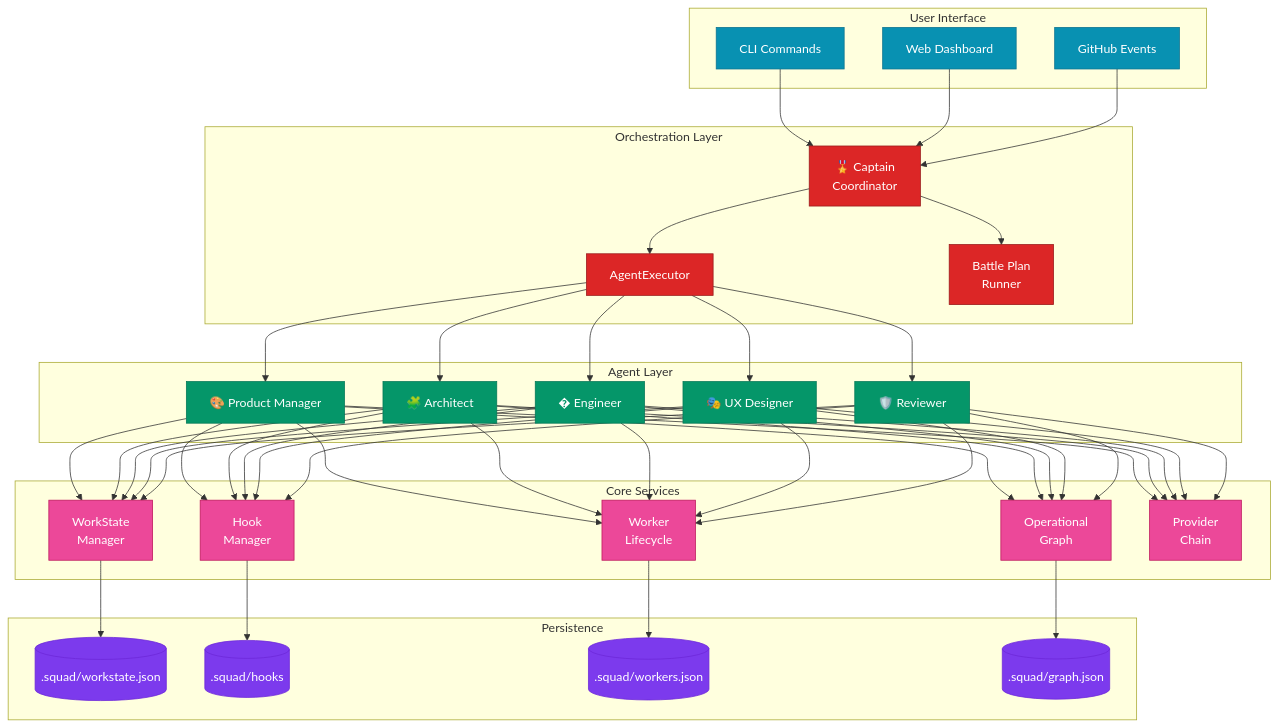
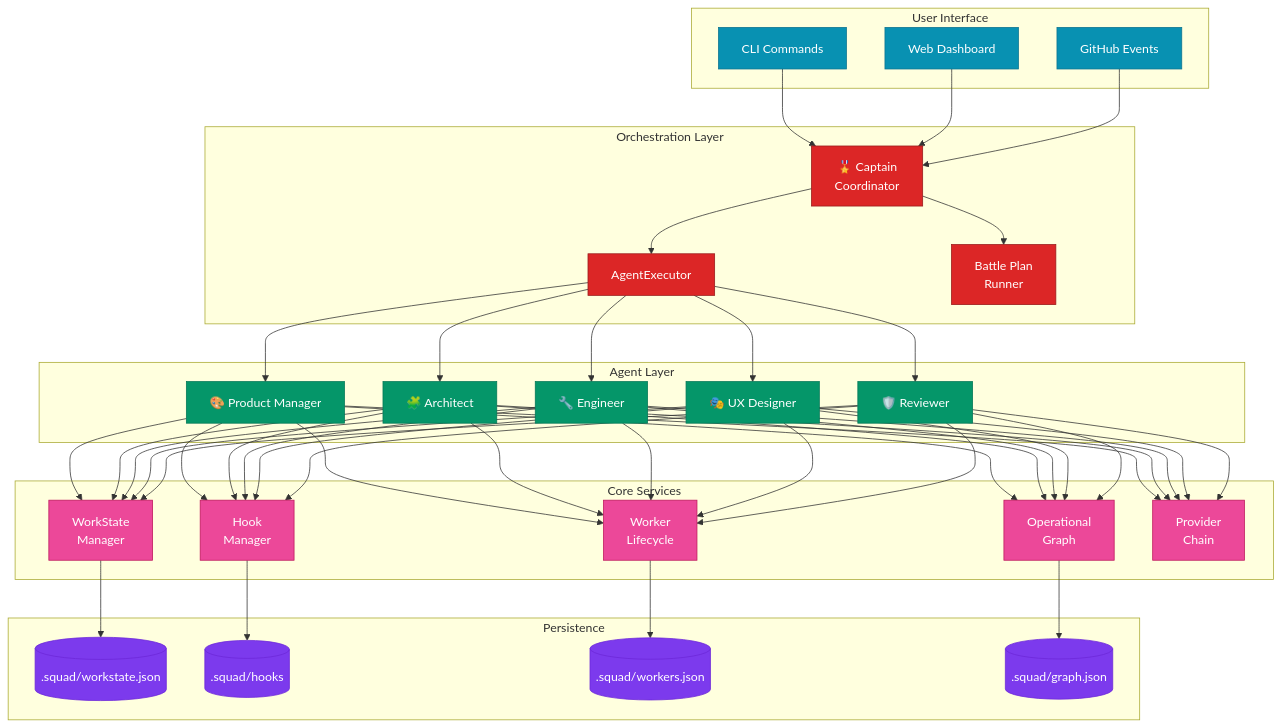
One commit to jnPiyush/AI-Squad changed the first of 4 diagrams in docs/architecture/ARCHITECTURE.md. Above: the diagram before and after it, drawn with Mermaid. The commit also changed 3 other files, not shown here.

````diff
--- a/docs/architecture/ARCHITECTURE.md
+++ b/docs/architecture/ARCHITECTURE.md
@@ -18,68 +18,68 @@
 ```mermaid
 graph TB
     subgraph "User Interface"
         CLI[CLI Commands]
         Dashboard[Web Dashboard]
         GH[GitHub Events]
     end
     
     subgraph "Orchestration Layer"
         Captain[🎖️ Captain<br/>Coordinator]
         Executor[AgentExecutor]
         BPE[Battle Plan<br/>Runner]
     end
     
     subgraph "Agent Layer"
         PM[🎨 Product Manager]
         Arch[🧩 Architect]
-        Eng[� Engineer]
+        Eng[🔧 Engineer]
         UX[🎭 UX Designer]
         Rev[🛡️ Reviewer]
     end
     
     subgraph "Core Services"
         WS[WorkState<br/>Manager]
         Hooks[Hook<br/>Manager]
         Workers[Worker<br/>Lifecycle]
         Graph[Operational<br/>Graph]
         Providers[Provider<br/>Chain]
     end
     
     subgraph "Persistence"
         State[(.squad/workstate.json)]
         HookStore[(.squad/hooks)]
         WorkerStore[(.squad/workers.json)]
         GraphStore[(.squad/graph.json)]
     end
     
     CLI --> Captain
     Dashboard --> Captain
     GH --> Captain
 
     Captain --> Executor
     Captain --> BPE
     Executor --> PM & Arch & Eng & UX & Rev
 
     PM & Arch & Eng & UX & Rev --> WS
     PM & Arch & Eng & UX & Rev --> Hooks
     PM & Arch & Eng & UX & Rev --> Workers
     PM & Arch & Eng & UX & Rev --> Graph
     PM & Arch & Eng & UX & Rev --> Providers
 
     WS --> State
     Hooks --> HookStore
     Workers --> WorkerStore
     Graph --> GraphStore
     
     classDef user fill:#0891b2,stroke:#0e7490,color:#fff
     classDef orch fill:#dc2626,stroke:#991b1b,color:#fff
     classDef agent fill:#059669,stroke:#047857,color:#fff
     classDef core fill:#ec4899,stroke:#be185d,color:#fff
     classDef persist fill:#7c3aed,stroke:#6d28d9,color:#fff
     
     class CLI,Dashboard,GH user
     class Captain,Executor,BPE orch
     class PM,Arch,Eng,UX,Rev agent
     class WS,Hooks,Workers,Graph,Providers core
     class State,HookStore,WorkerStore,GraphStore persist
 ```
````
